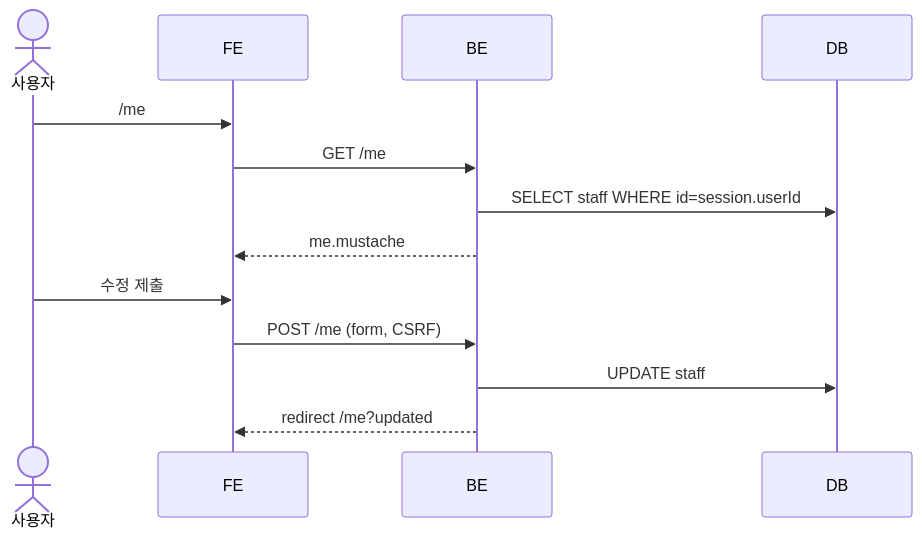
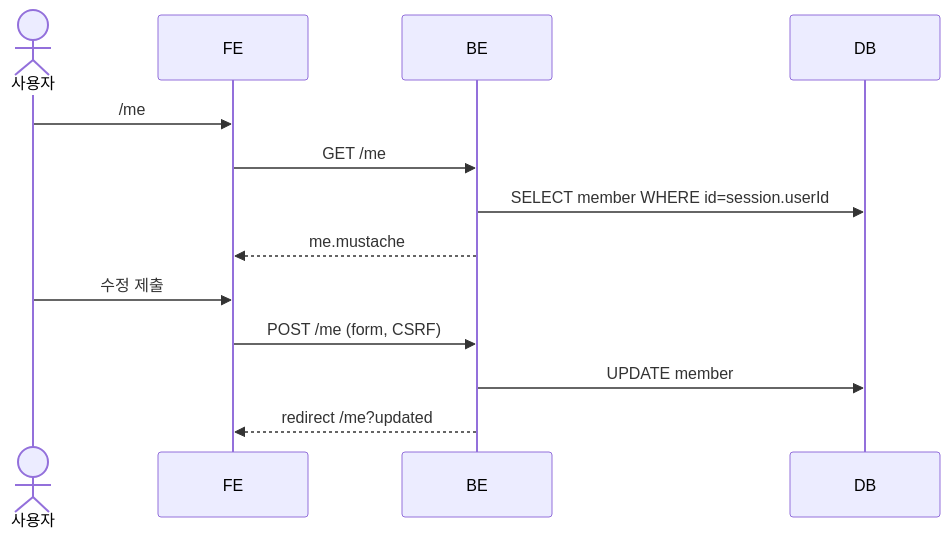
The third of 3 diagrams in templates/05_시퀀스_다이어그램_template.md (Tae0072/team-project-templates), drawn with Mermaid before and after one commit. The commit also changed 4 other files, not shown here.

````diff
--- a/templates/05_시퀀스_다이어그램_template.md
+++ b/templates/05_시퀀스_다이어그램_template.md
@@ -121,16 +121,16 @@
 ```mermaid
 sequenceDiagram
     actor U as 사용자
     participant FE
     participant BE
     participant DB
 
     U->>FE: /me
     FE->>BE: GET /me
-    BE->>DB: SELECT staff WHERE id=session.userId
+    BE->>DB: SELECT member WHERE id=session.userId
     BE-->>FE: me.mustache
     U->>FE: 수정 제출
     FE->>BE: POST /me (form, CSRF)
-    BE->>DB: UPDATE staff
+    BE->>DB: UPDATE member
     BE-->>FE: redirect /me?updated
 ```
````
